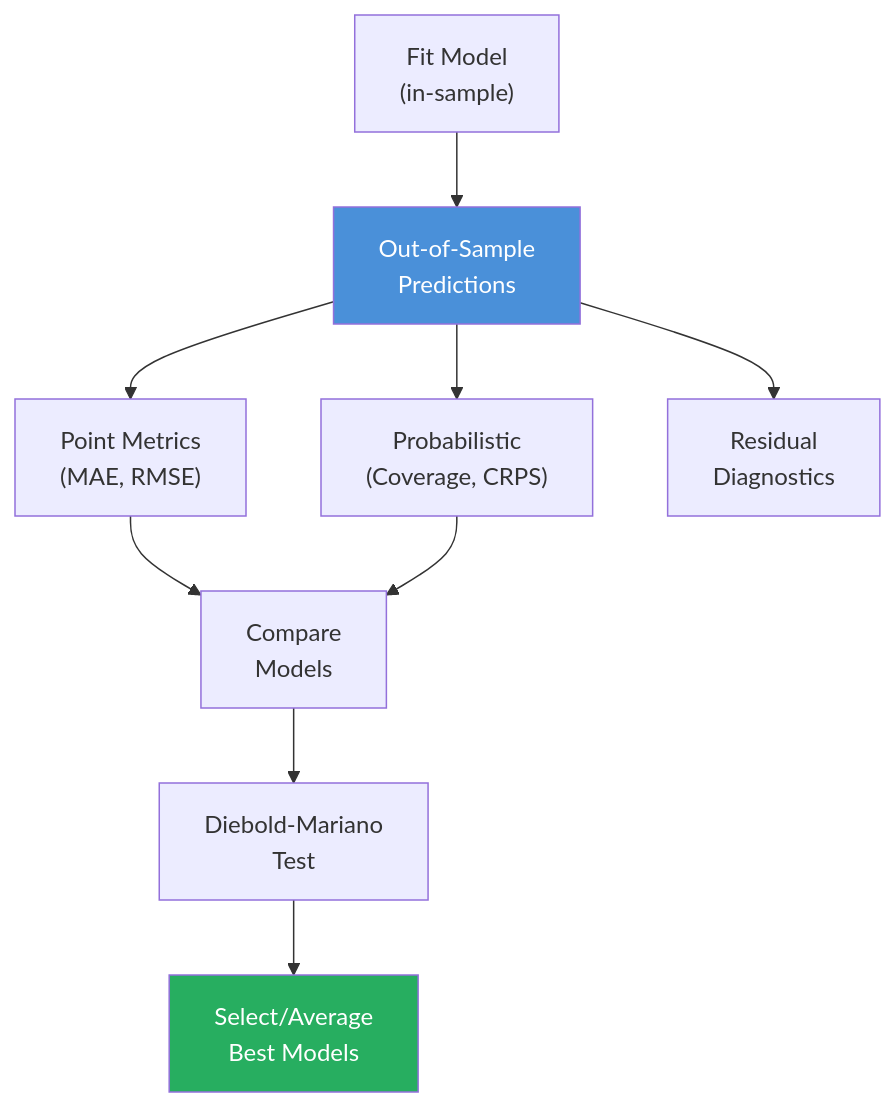
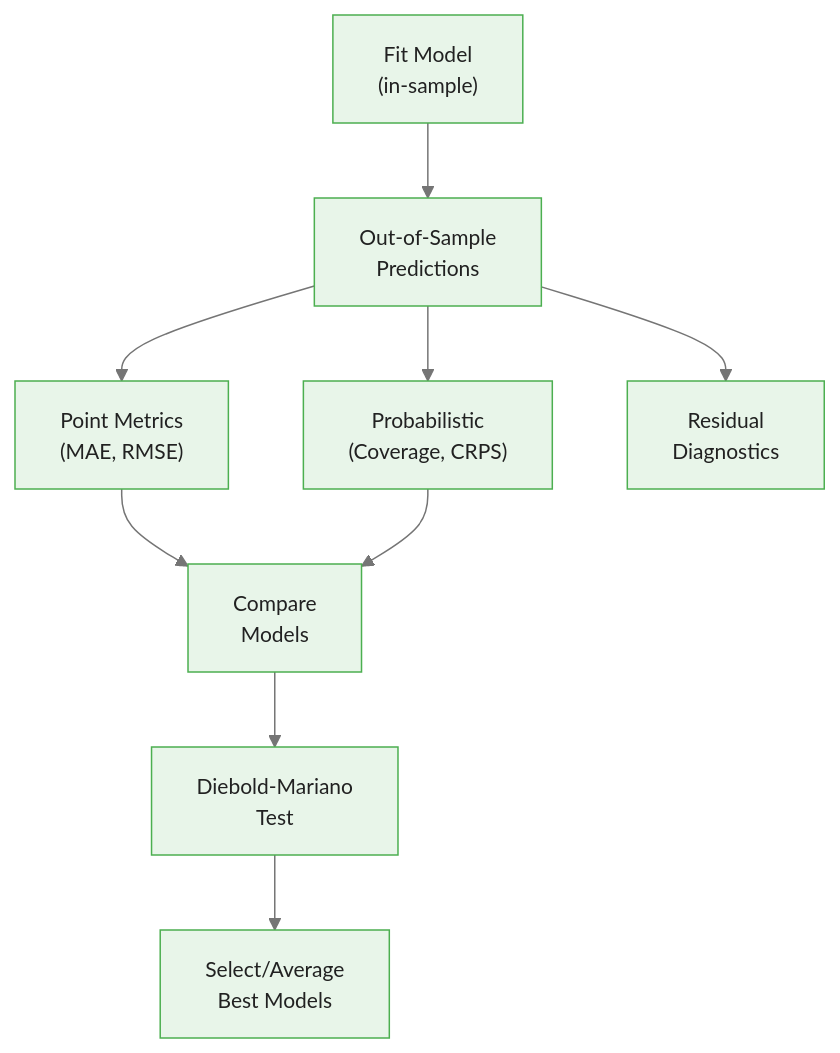
The third of 4 diagrams in courses/bayesian-commodity-forecasting/modules/module_08_fundamentals_integration/guides/04_forecast_evaluation_slides.md (m-deane/course-creator), drawn with Mermaid before and after one commit. The commit also changed other lines of this file and 104 other files, not shown here.

````diff
--- a/courses/bayesian-commodity-forecasting/modules/module_08_fundamentals_integration/guides/04_forecast_evaluation_slides.md
+++ b/courses/bayesian-commodity-forecasting/modules/module_08_fundamentals_integration/guides/04_forecast_evaluation_slides.md
@@ -259,13 +272,12 @@
 ```mermaid
+%%{init: {"theme": "base", "themeVariables": {"primaryColor": "#e8f5e9", "primaryBorderColor": "#4caf50", "primaryTextColor": "#212121", "secondaryColor": "#e3f2fd", "tertiaryColor": "#fff8e1", "lineColor": "#757575", "fontFamily": "Inter, sans-serif", "fontSize": "14px"}}}%%
 flowchart TD
     FIT["Fit Model\n(in-sample)"] --> OOS["Out-of-Sample\nPredictions"]
     OOS --> POINT["Point Metrics\n(MAE, RMSE)"]
     OOS --> PROB["Probabilistic\n(Coverage, CRPS)"]
     OOS --> RESID["Residual\nDiagnostics"]
     POINT --> COMP["Compare\nModels"]
     PROB --> COMP
     COMP --> DM["Diebold-Mariano\nTest"]
     DM --> SELECT["Select/Average\nBest Models"]
-    style OOS fill:#4a90d9,color:#fff
-    style SELECT fill:#27ae60,color:#fff
 ```
````
